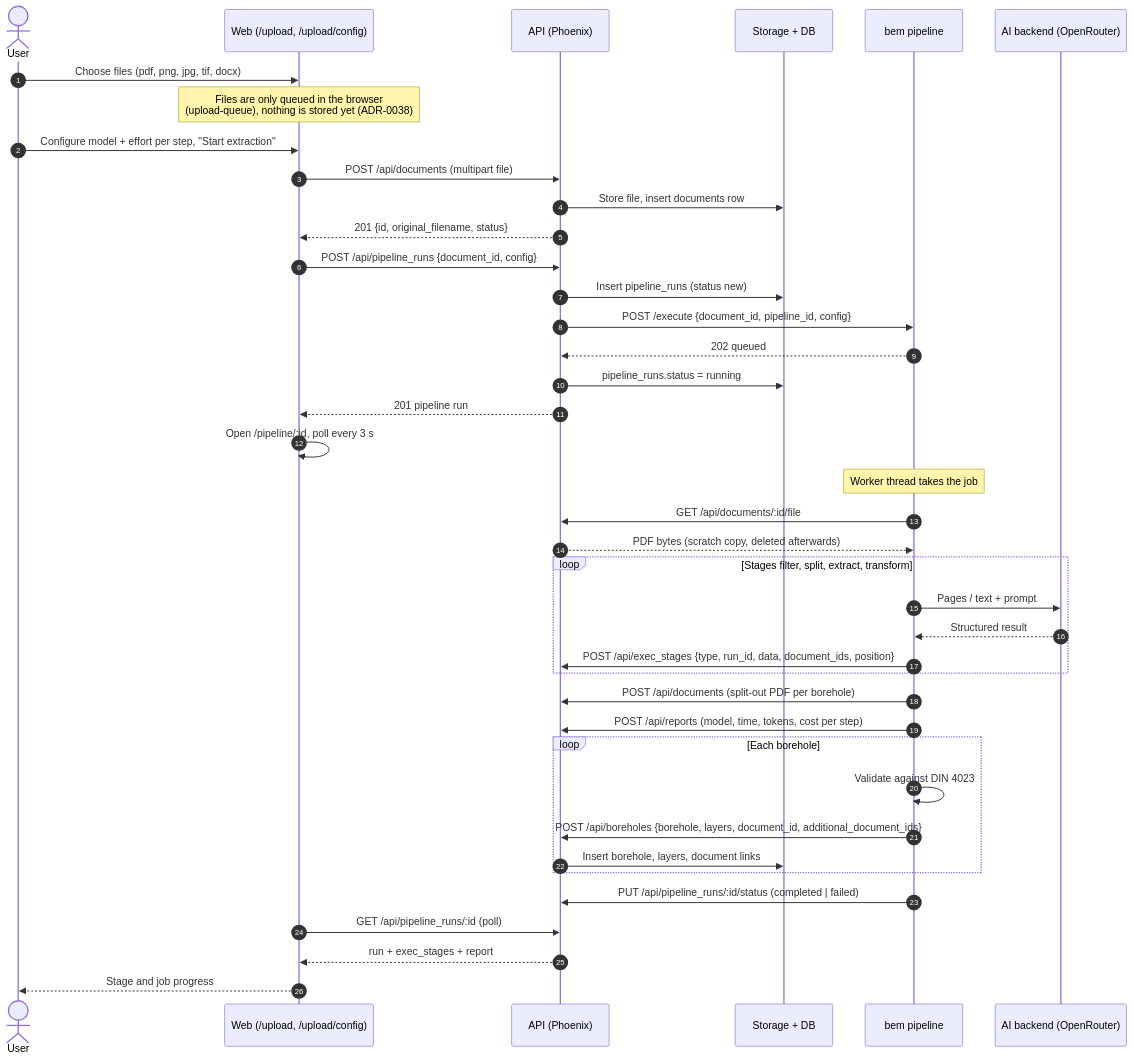
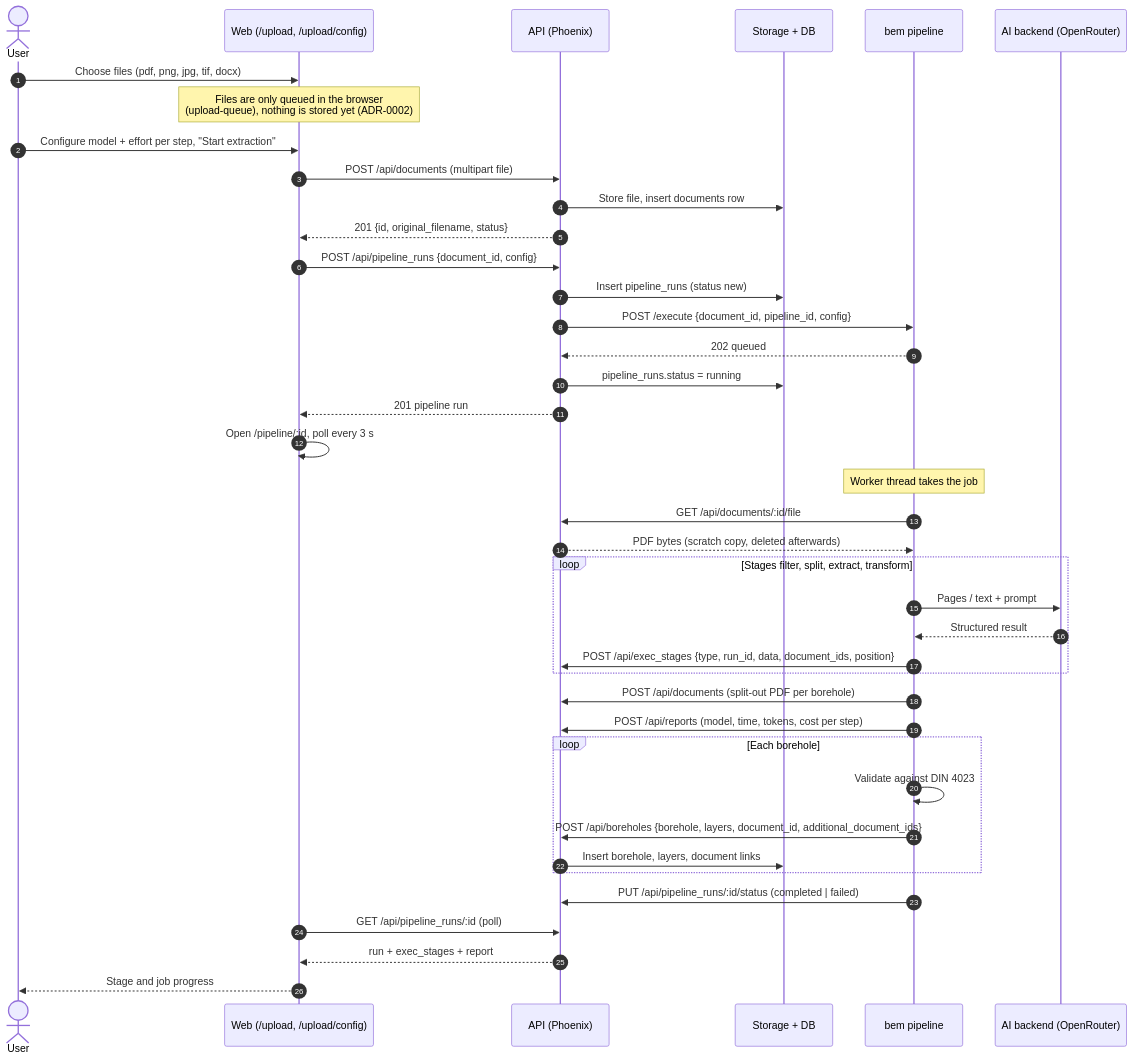
Before and after one commit to t-kelsey/smart-automation: the second of 4 diagrams in docs/architecture.md, drawn with Mermaid. The commit also changed other lines of this file and 85 other files, not shown here.

````diff
--- a/docs/architecture.md
+++ b/docs/architecture.md
@@ -48,45 +48,45 @@
 ```mermaid
 sequenceDiagram
     autonumber
     actor U as User
     participant W as Web (/upload, /upload/config)
     participant A as API (Phoenix)
     participant S as Storage + DB
     participant P as bem pipeline
     participant C as AI backend (OpenRouter)
 
     U->>W: Choose files (pdf, png, jpg, tif, docx)
-    Note over W: Files are only queued in the browser<br/>(upload-queue), nothing is stored yet (ADR-0038)
+    Note over W: Files are only queued in the browser<br/>(upload-queue), nothing is stored yet (ADR-0002)
     U->>W: Configure model + effort per step, "Start extraction"
     W->>A: POST /api/documents (multipart file)
     A->>S: Store file, insert documents row
     A-->>W: 201 {id, original_filename, status}
     W->>A: POST /api/pipeline_runs {document_id, config}
     A->>S: Insert pipeline_runs (status new)
     A->>P: POST /execute {document_id, pipeline_id, config}
     P-->>A: 202 queued
     A->>S: pipeline_runs.status = running
     A-->>W: 201 pipeline run
     W->>W: Open /pipeline/:id, poll every 3 s
 
     Note over P: Worker thread takes the job
     P->>A: GET /api/documents/:id/file
     A-->>P: PDF bytes (scratch copy, deleted afterwards)
     loop Stages filter, split, extract, transform
         P->>C: Pages / text + prompt
         C-->>P: Structured result
         P->>A: POST /api/exec_stages {type, run_id, data, document_ids, position}
     end
     P->>A: POST /api/documents (split-out PDF per borehole)
     P->>A: POST /api/reports (model, time, tokens, cost per step)
     loop Each borehole
         P->>P: Validate against DIN 4023
         P->>A: POST /api/boreholes {borehole, layers, document_id, additional_document_ids}
         A->>S: Insert borehole, layers, document links
     end
     P->>A: PUT /api/pipeline_runs/:id/status (completed | failed)
 
     W->>A: GET /api/pipeline_runs/:id (poll)
     A-->>W: run + exec_stages + report
     W-->>U: Stage and job progress
 ```
````
